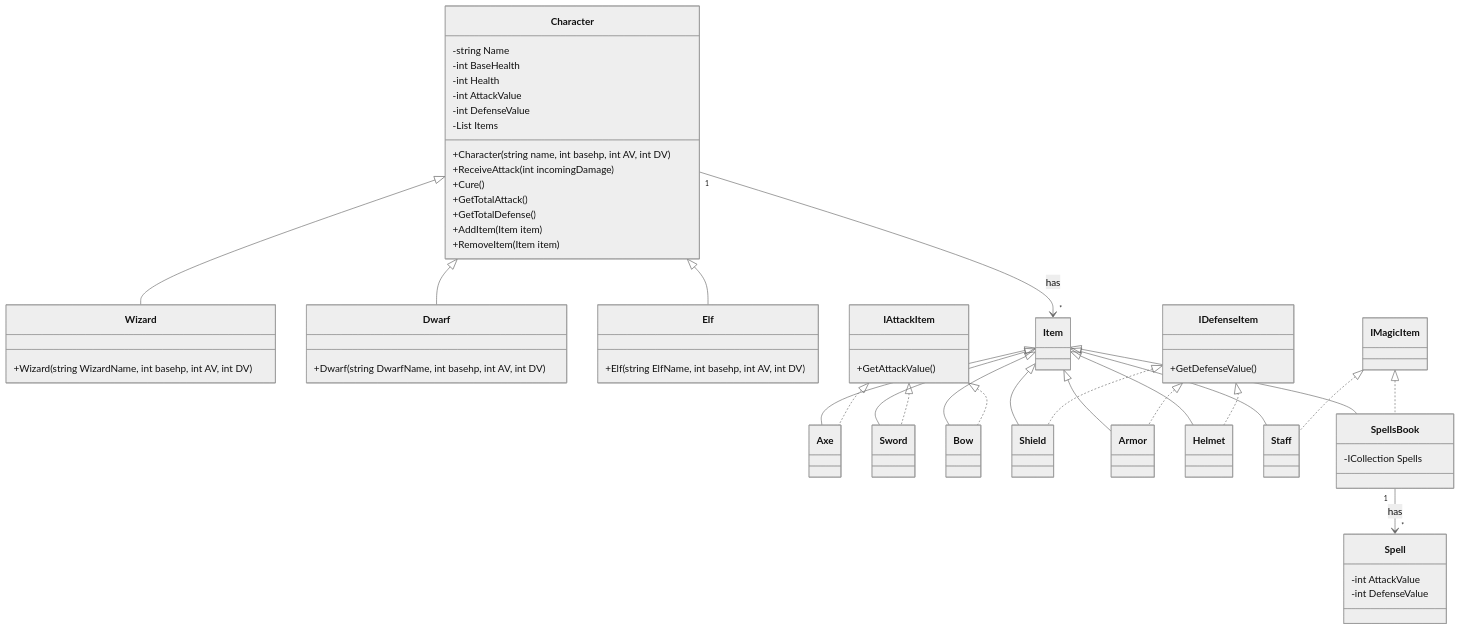
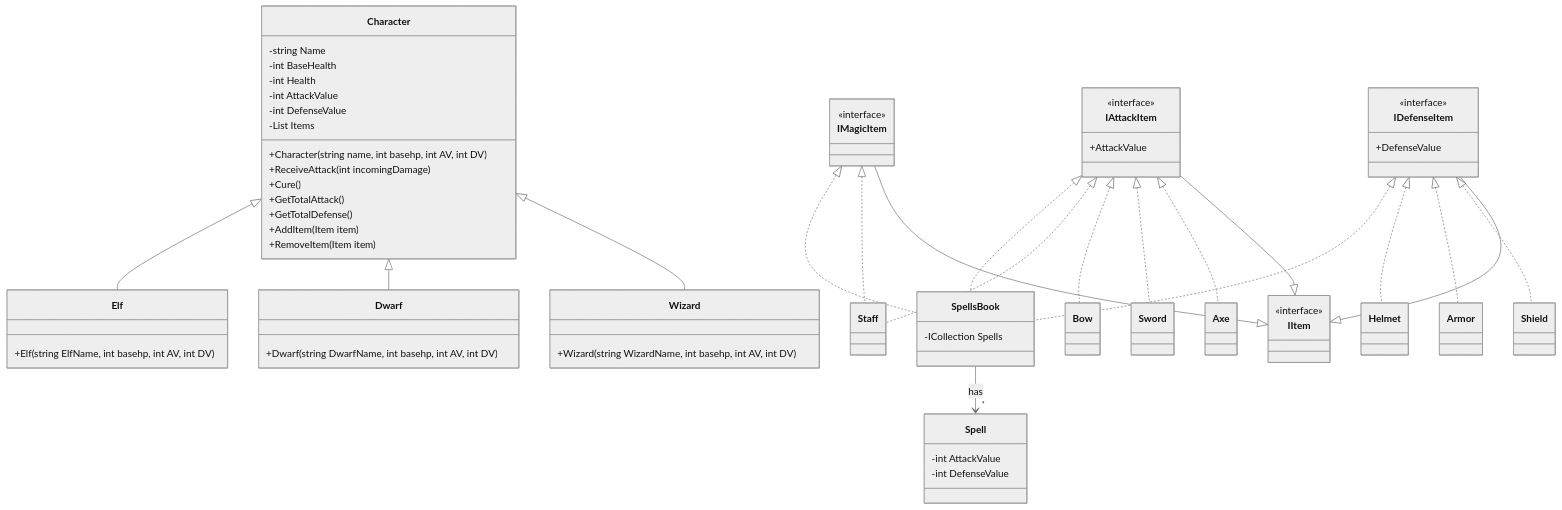
One commit to UCUBascou/PII_RoleplayGame_2_Start changed the diagram in DIAGRAM.md. Above: the diagram before and after it, drawn with Mermaid (neutral theme).

Commit message:
Diagrama final

```diff
--- a/DIAGRAM.md
+++ b/DIAGRAM.md
@@ -12,20 +12,14 @@
     Character <|-- Wizard
     Character <|-- Dwarf
     Character <|-- Elf
-    Character "1" --> "*" Item : has
 
-    %% Relaciones de Item
-    Item <|-- Axe
-    Item <|-- Sword
-    Item <|-- Bow
-    Item <|-- Shield
-    Item <|-- Armor
-    Item <|-- Helmet
-    Item <|-- Staff
-    Item <|-- SpellsBook
+    %% Relaciones IItem
+    IAttackItem --|> IItem
+    IDefenseItem --|> IItem
+    IMagicItem --|> IItem
 
     %% Relaciones de SpellsBook con Spell
-    SpellsBook "1" --> "*" Spell : has
+    SpellsBook --> "*" Spell : has
 
     %% Interfaz MagicItem
     IMagicItem <|.. Staff
@@ -35,11 +29,14 @@
     IAttackItem <|.. Axe
     IAttackItem <|.. Sword
     IAttackItem <|.. Bow
+    IAttackItem <|.. Staff
+    IAttackItem <|.. SpellsBook
 
     %% Interfaz DefenseItem
     IDefenseItem <|.. Shield
     IDefenseItem <|.. Armor
     IDefenseItem <|.. Helmet
+    IDefenseItem <|.. SpellsBook
 
     %% clase Character
     class Character{
@@ -48,7 +45,7 @@
         -int Health
         -int AttackValue
         -int DefenseValue
-        -List <Item> Items
+        -List <IItem> Items
         +Character(string name, int basehp, int AV, int DV)
         +ReceiveAttack(int incomingDamage)
         +Cure()
@@ -71,16 +68,17 @@
     class Elf{
       +Elf(string ElfName, int basehp, int AV, int DV)
     }
-    %% Clase Item
-    class Item{}
     %% Interfaces
+    class IItem{<<interface>>}
     class IAttackItem{
-        +GetAttackValue()
+        <<interface>>
+        +AttackValue
     }
     class IDefenseItem{
-        +GetDefenseValue()
+        <<interface>>
+        +DefenseValue
     }
-    class IMagicItem{}
+    class IMagicItem{<<interface>>}
 
     %% Clase SpellsBook
     class SpellsBook{
```
